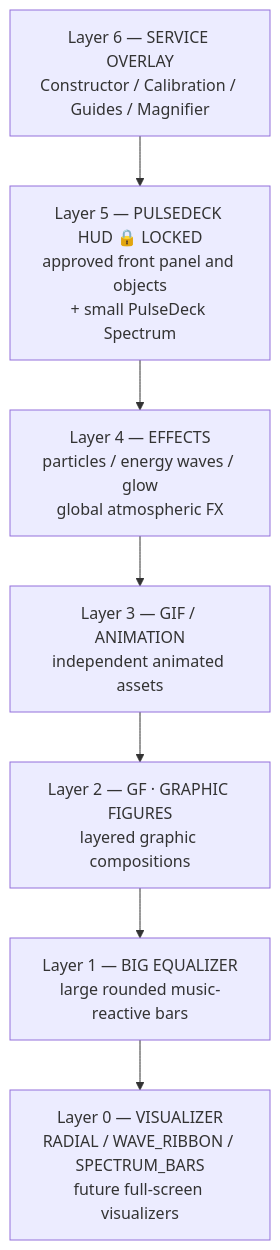
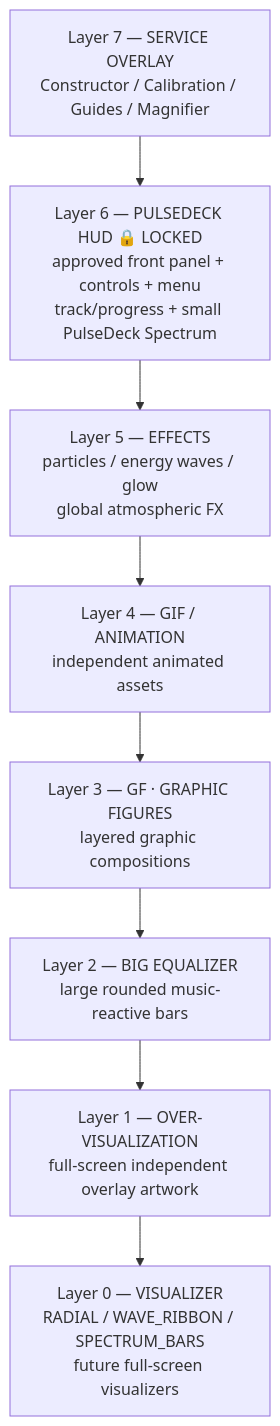
One commit to faric-ua/faric-music-visualizer changed the first of 2 diagrams in docs/PULSEDECK_LAYER_ARCHITECTURE.md. Above: the diagram before and after it, drawn with Mermaid. The commit also changed other lines of this file, not shown here.

Commit message:
docs: update PulseDeck stack for over-visualization layer

````diff
--- a/docs/PULSEDECK_LAYER_ARCHITECTURE.md
+++ b/docs/PULSEDECK_LAYER_ARCHITECTURE.md
@@ -37,11 +20,12 @@
 ```mermaid
 flowchart TB
-    L6["Layer 6 — SERVICE OVERLAY<br/>Constructor / Calibration / Guides / Magnifier"]
-    L5["Layer 5 — PULSEDECK HUD 🔒 LOCKED<br/>approved front panel and objects<br/>+ small PulseDeck Spectrum"]
-    L4["Layer 4 — EFFECTS<br/>particles / energy waves / glow<br/>global atmospheric FX"]
-    L3["Layer 3 — GIF / ANIMATION<br/>independent animated assets"]
-    L2["Layer 2 — GF · GRAPHIC FIGURES<br/>layered graphic compositions"]
-    L1["Layer 1 — BIG EQUALIZER<br/>large rounded music-reactive bars"]
+    L7["Layer 7 — SERVICE OVERLAY<br/>Constructor / Calibration / Guides / Magnifier"]
+    L6["Layer 6 — PULSEDECK HUD 🔒 LOCKED<br/>approved front panel + controls + menu<br/>track/progress + small PulseDeck Spectrum"]
+    L5["Layer 5 — EFFECTS<br/>particles / energy waves / glow<br/>global atmospheric FX"]
+    L4["Layer 4 — GIF / ANIMATION<br/>independent animated assets"]
+    L3["Layer 3 — GF · GRAPHIC FIGURES<br/>layered graphic compositions"]
+    L2["Layer 2 — BIG EQUALIZER<br/>large rounded music-reactive bars"]
+    L1["Layer 1 — OVER-VISUALIZATION<br/>full-screen independent overlay artwork"]
     L0["Layer 0 — VISUALIZER<br/>RADIAL / WAVE_RIBBON / SPECTRUM_BARS<br/>future full-screen visualizers"]
-    L6 --> L5 --> L4 --> L3 --> L2 --> L1 --> L0
+    L7 --> L6 --> L5 --> L4 --> L3 --> L2 --> L1 --> L0
 ```
````
